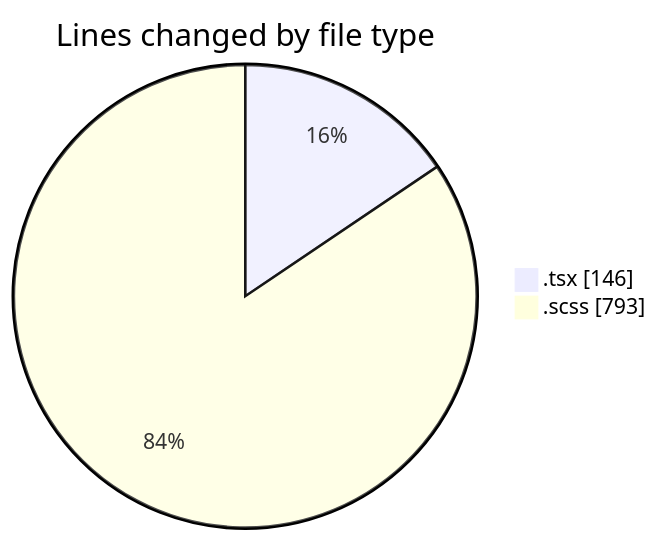
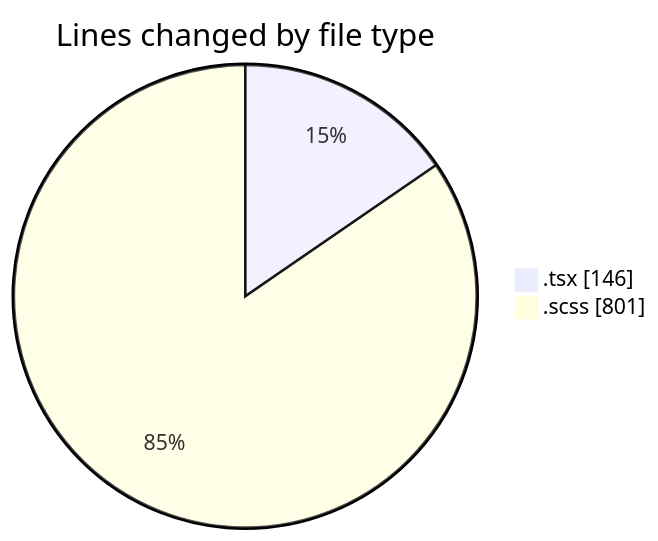
One commit to momahboobian/code-tracking changed the first of 2 diagrams in 2026-03-25/cda/README.md. Above: the diagram before and after it, drawn with Mermaid. The commit also changed other lines of this file and 1 other file, not shown here.

````diff
--- a/2026-03-25/cda/README.md
+++ b/2026-03-25/cda/README.md
@@ -21,6 +21,6 @@
 ```mermaid
 pie showData
 title Lines changed by file type
 ".tsx" : 146
-".scss" : 793
+".scss" : 801
 ```
````
